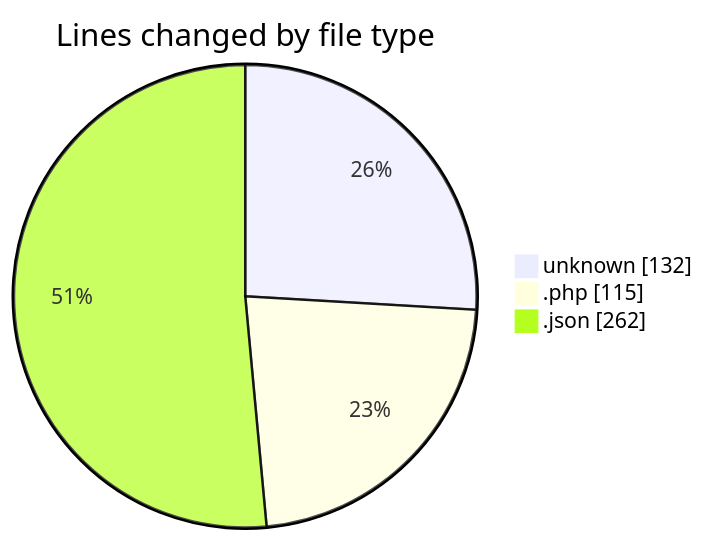
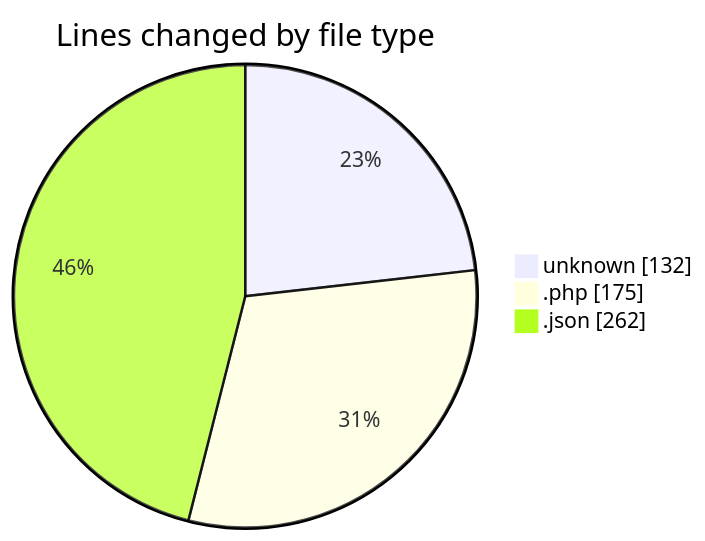
Before and after one commit to idhammustaqopulfikri/code-tracking: the first of 2 diagrams in 2025-11-13/futsal-recommender/README.md, drawn with Mermaid. The commit also changed other lines of this file and 1 other file, not shown here.

````diff
--- a/2025-11-13/futsal-recommender/README.md
+++ b/2025-11-13/futsal-recommender/README.md
@@ -23,7 +24,7 @@
 ```mermaid
 pie showData
 title Lines changed by file type
 "unknown" : 132
-".php" : 115
+".php" : 175
 ".json" : 262
 ```
````
